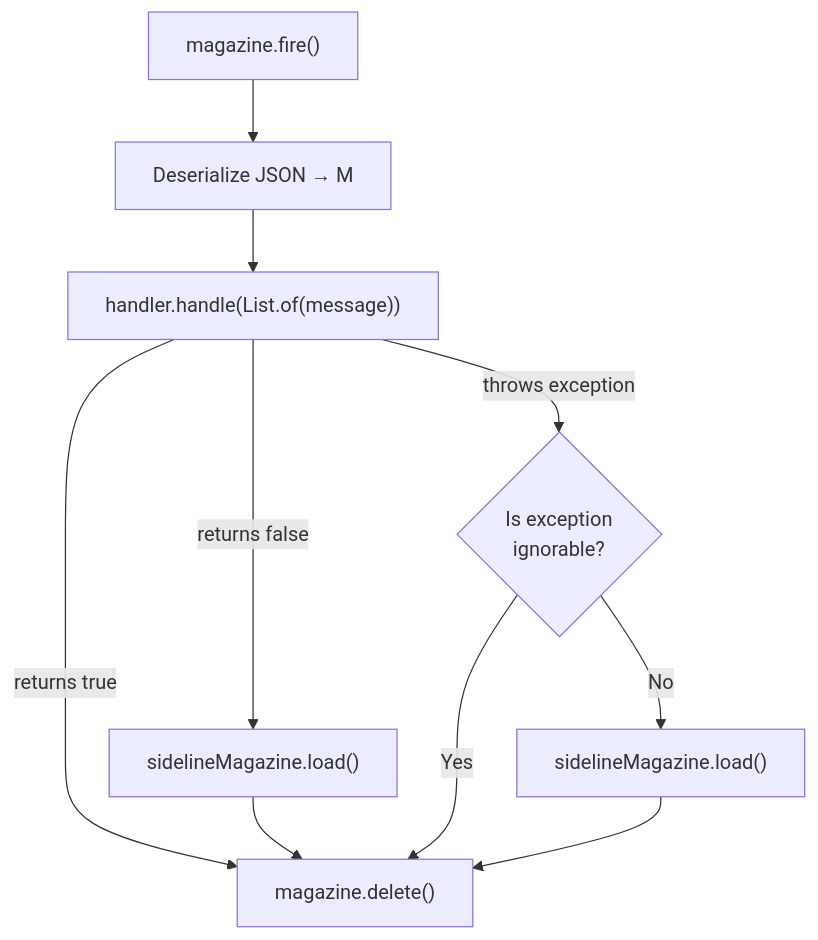
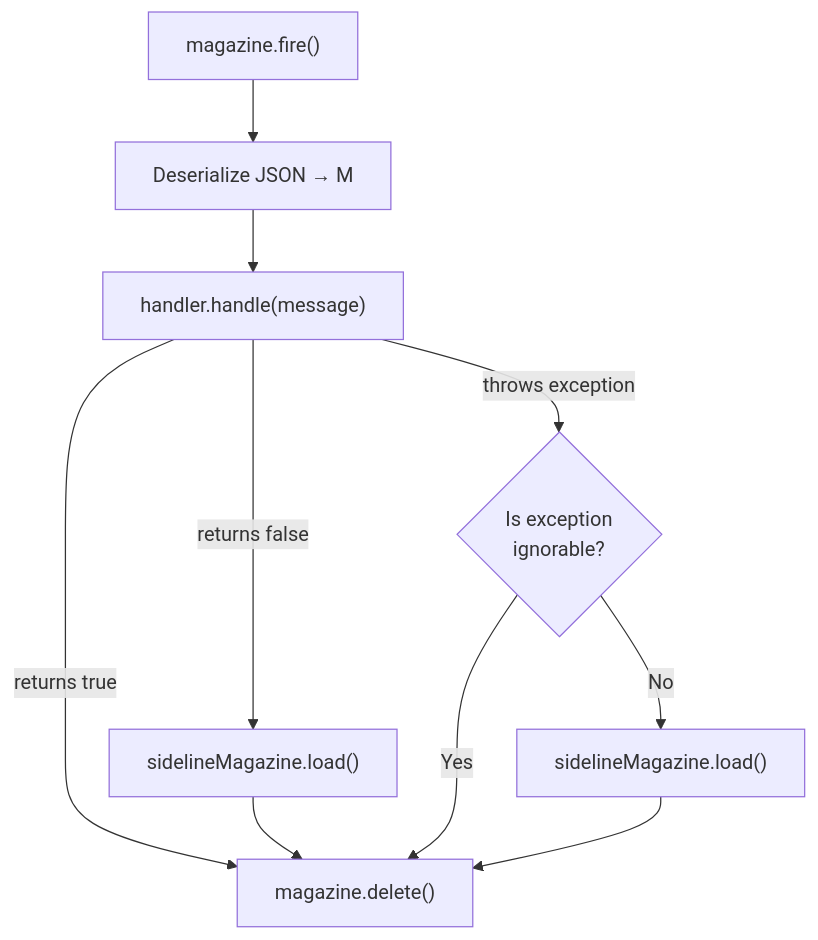
Before and after one commit to PhonePe/IgnisMQ: the second of 6 diagrams in docs/docs/core-concepts.md, drawn with Mermaid. The commit also changed other lines of this file and 45 other files, not shown here.

````diff
--- a/docs/docs/core-concepts.md
+++ b/docs/docs/core-concepts.md
@@ -57,12 +57,12 @@
 ```mermaid
 flowchart TD
     Fire["magazine.fire()"] --> Deser["Deserialize JSON → M"]
-    Deser --> Call["handler.handle(List.of(message))"]
+    Deser --> Call["handler.handle(message)"]
     Call -->|returns true| Delete["magazine.delete()"]
     Call -->|returns false| Sideline["sidelineMagazine.load()"]
     Sideline --> Delete
     Call -->|throws exception| Check{"Is exception<br/>ignorable?"}
     Check -->|Yes| Delete
     Check -->|No| Sideline2["sidelineMagazine.load()"]
     Sideline2 --> Delete
 ```
````
